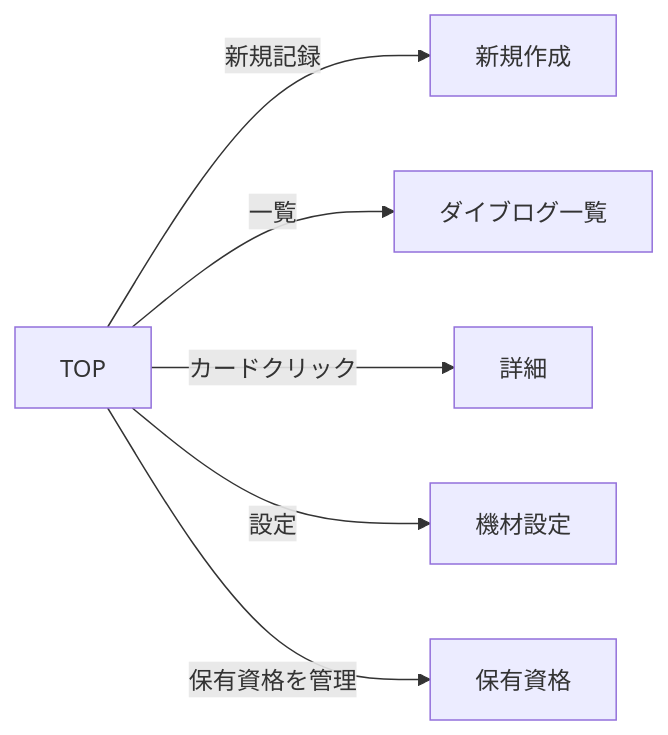
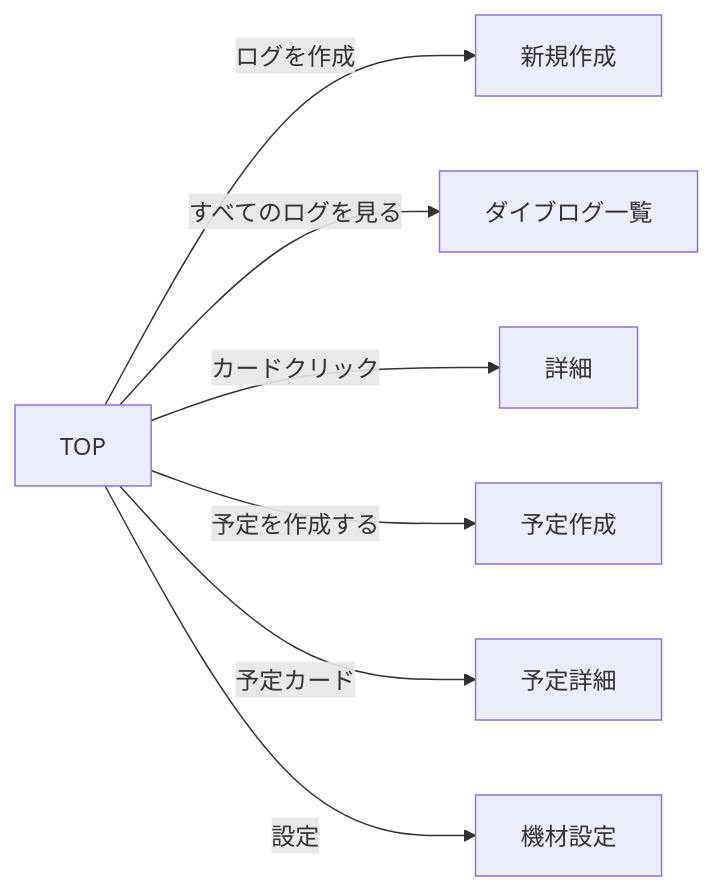
Before and after one commit to engsekine/claude-settings: the diagram in specs/003-dashboard/screens/top.md, drawn with Mermaid. The commit also changed other lines of this file and 9 other files, not shown here.

````diff
--- a/specs/003-dashboard/screens/top.md
+++ b/specs/003-dashboard/screens/top.md
@@ -188,8 +203,9 @@
 ```mermaid
 graph LR
-  A[TOP] -->|新規記録| B[新規作成]
-  A -->|一覧| C[ダイブログ一覧]
+  A[TOP] -->|ログを作成| B[新規作成]
+  A -->|すべてのログを見る| C[ダイブログ一覧]
   A -->|カードクリック| D[詳細]
+  A -->|予定を作成する| G[予定作成]
+  A -->|予定カード| H[予定詳細]
   A -->|設定| E[機材設定]
-  A -->|保有資格を管理| F[保有資格]
 ```
````
